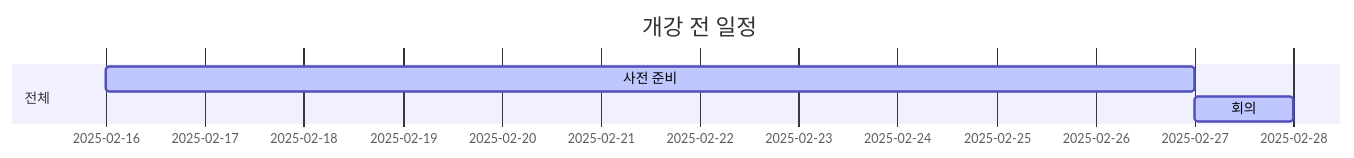
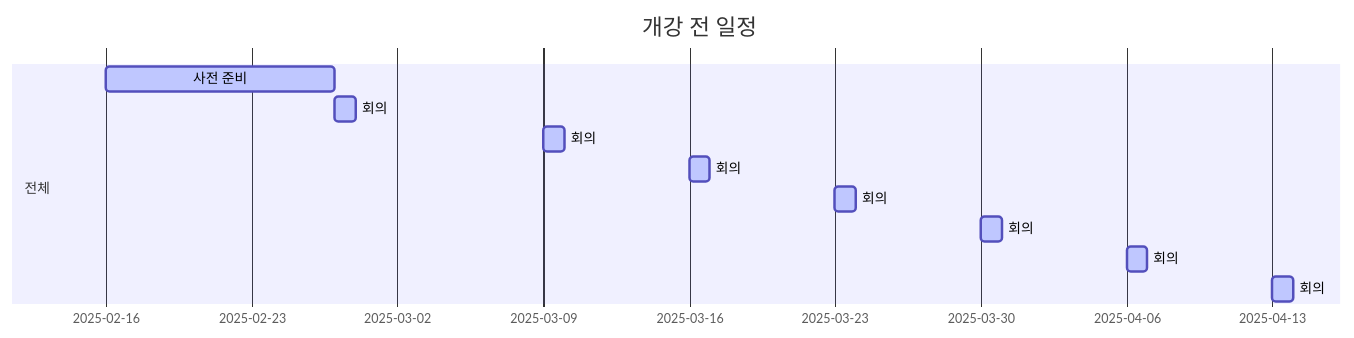
The diagram in README.md (Taekwondo1906/taekwon), drawn with Mermaid before and after one commit.

````diff
--- a/README.md
+++ b/README.md
@@ -7,10 +7,16 @@
 ```mermaid
 
 gantt
 title 개강 전 일정
 dateFormat MM-DD
 
 section 전체
 사전 준비:active, 02-16, 11d
 회의:active, 02-27, 1d
+회의:active, 03-09, 1d
+회의:active, 03-16, 1d
+회의:active, 03-23, 1d
+회의:active, 03-30, 1d
+회의:active, 04-06, 1d
+회의:active, 04-13, 1d
 ```
````
